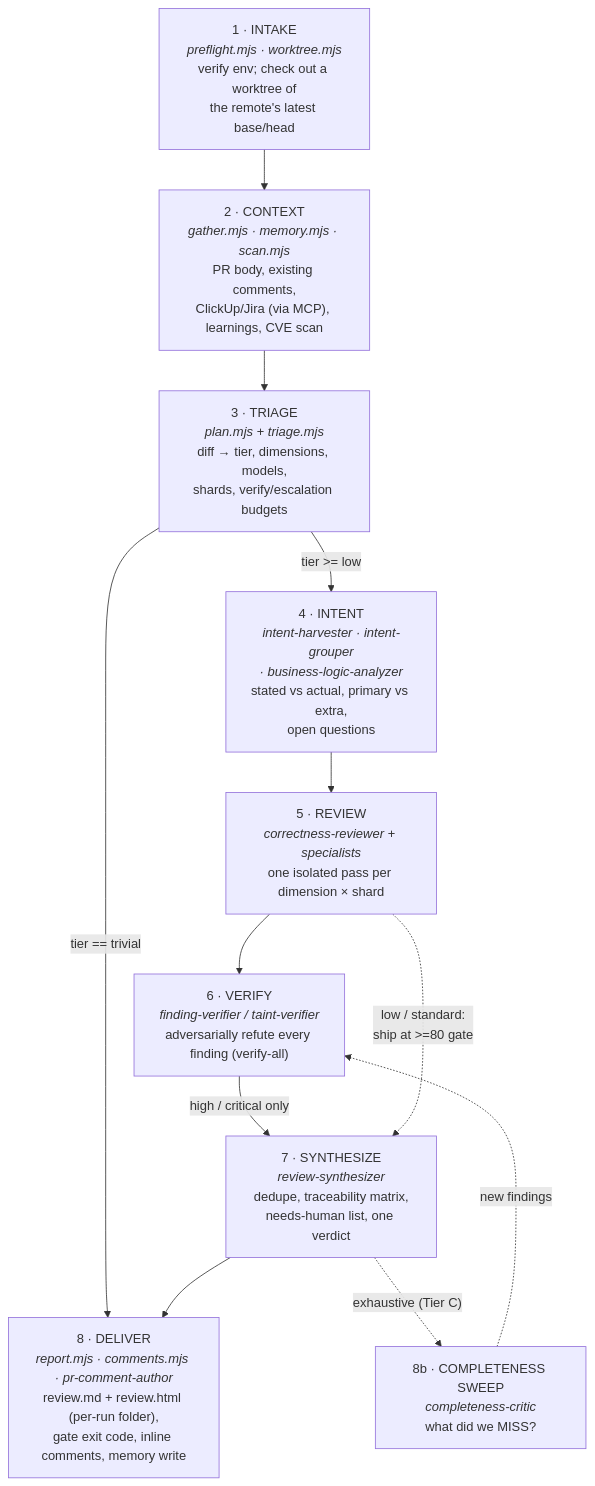
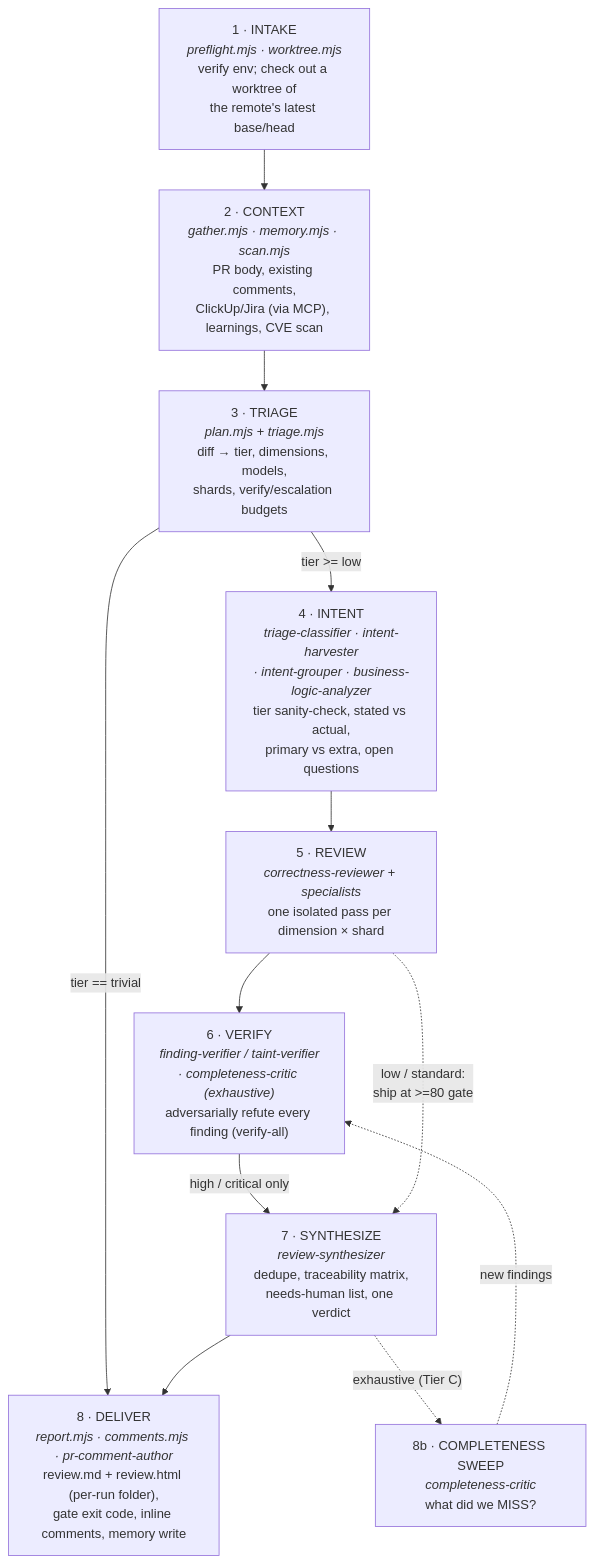
Before and after one commit to Tahmid12Khan/agentic-workflows: the second of 8 diagrams in docs/ARCHITECTURE.md, drawn with Mermaid. The commit also changed other lines of this file and 10 other files, not shown here.

````diff
--- a/docs/ARCHITECTURE.md
+++ b/docs/ARCHITECTURE.md
@@ -61,20 +61,20 @@
 ```mermaid
 flowchart TD
   A["1 · INTAKE<br/><i>preflight.mjs · worktree.mjs</i><br/>verify env; check out a worktree of<br/>the remote's latest base/head"]
   B["2 · CONTEXT<br/><i>gather.mjs · memory.mjs · scan.mjs</i><br/>PR body, existing comments,<br/>ClickUp/Jira (via MCP), learnings, CVE scan"]
   C["3 · TRIAGE<br/><i>plan.mjs + triage.mjs</i><br/>diff → tier, dimensions, models,<br/>shards, verify/escalation budgets"]
-  D["4 · INTENT<br/><i>intent-harvester · intent-grouper<br/>· business-logic-analyzer</i><br/>stated vs actual, primary vs extra,<br/>open questions"]
+  D["4 · INTENT<br/><i>triage-classifier · intent-harvester<br/>· intent-grouper · business-logic-analyzer</i><br/>tier sanity-check, stated vs actual,<br/>primary vs extra, open questions"]
   E["5 · REVIEW<br/><i>correctness-reviewer + specialists</i><br/>one isolated pass per dimension × shard"]
-  F["6 · VERIFY<br/><i>finding-verifier / taint-verifier</i><br/>adversarially refute every finding (verify-all)"]
+  F["6 · VERIFY<br/><i>finding-verifier / taint-verifier<br/>· completeness-critic (exhaustive)</i><br/>adversarially refute every finding (verify-all)"]
   G["7 · SYNTHESIZE<br/><i>review-synthesizer</i><br/>dedupe, traceability matrix,<br/>needs-human list, one verdict"]
   H["8 · DELIVER<br/><i>report.mjs · comments.mjs · pr-comment-author</i><br/>review.md + review.html (per-run folder),<br/>gate exit code, inline comments, memory write"]
 
   A --> B --> C
   C -->|"tier == trivial"| H
   C -->|"tier >= low"| D --> E --> F
   F -->|"high / critical only"| G
   E -.->|"low / standard:<br/>ship at >=80 gate"| G
   G --> H
   G -.->|"exhaustive (Tier C)"| X["8b · COMPLETENESS SWEEP<br/><i>completeness-critic</i><br/>what did we MISS?"]
   X -.->|new findings| F
 ```
````
